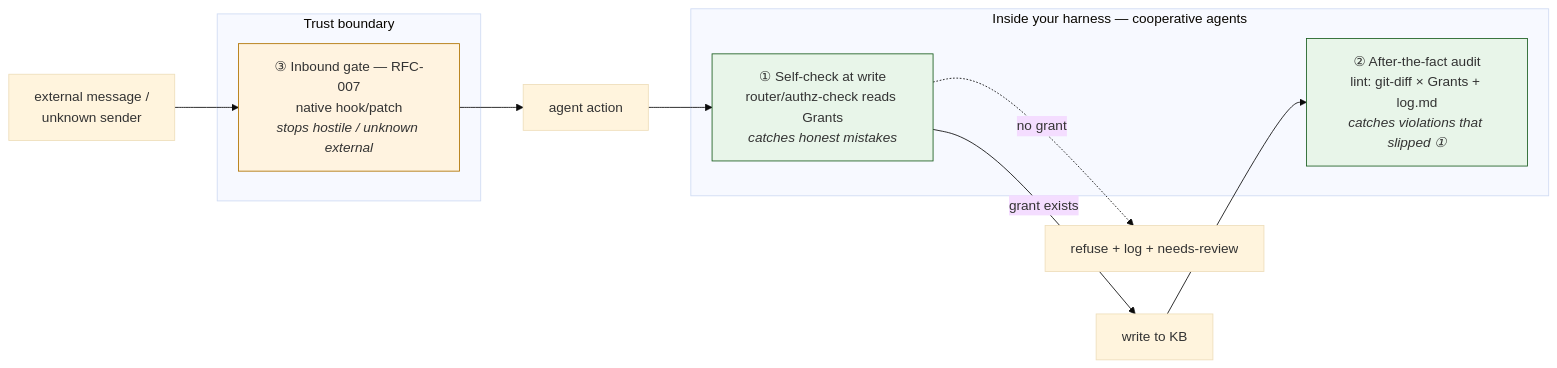
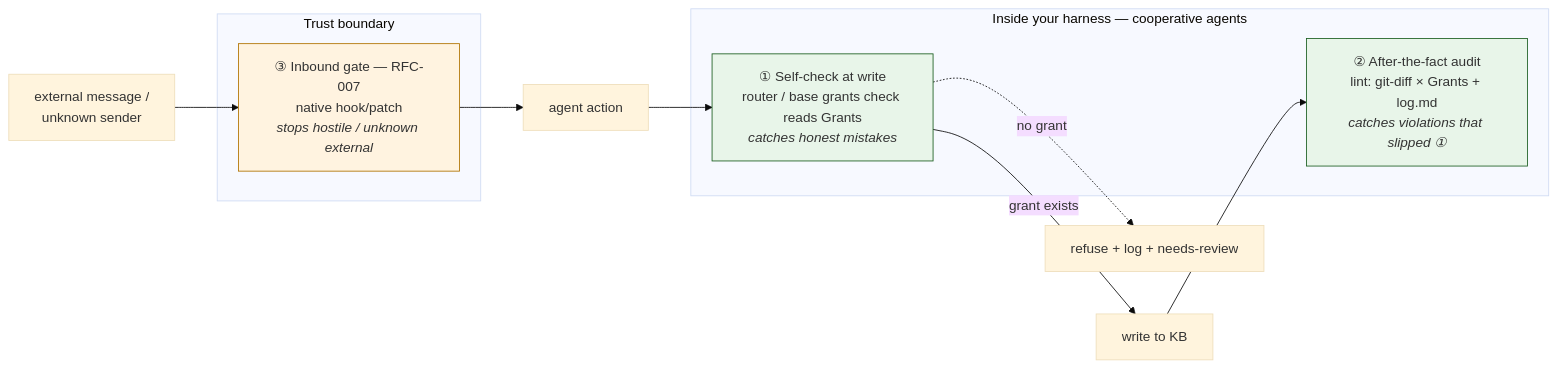
Before and after one commit to AlmogBaku/aos: the fifth of 5 diagrams in design/kb-authorization.md, drawn with Mermaid (base theme). The commit also changed other lines of this file and 9 other files, not shown here.

````diff
--- a/design/kb-authorization.md
+++ b/design/kb-authorization.md
@@ -380,20 +380,20 @@
 ```mermaid
 flowchart LR
     EXT["external message /<br/>unknown sender"] --> G3
     subgraph gate["Trust boundary"]
       G3["③ Inbound gate — RFC-007<br/>native hook/patch<br/><i>stops hostile / unknown external</i>"]
     end
     G3 --> ACT["agent action"]
     subgraph coop["Inside your harness — cooperative agents"]
-      G1["① Self-check at write<br/>router/authz-check reads Grants<br/><i>catches honest mistakes</i>"]
+      G1["① Self-check at write<br/>router / base grants check reads Grants<br/><i>catches honest mistakes</i>"]
       G2["② After-the-fact audit<br/>lint: git-diff × Grants + log.md<br/><i>catches violations that slipped ①</i>"]
     end
     ACT --> G1
     G1 -->|"grant exists"| WRITE["write to KB"]
     G1 -.->|"no grant"| REF["refuse + log + needs-review"]
     WRITE --> G2
 
     style G3 fill:#FFF3E0,stroke:#B07300
     style G2 fill:#E8F5E9,stroke:#1B5E20
     style G1 fill:#E8F5E9,stroke:#1B5E20
 ```
````
